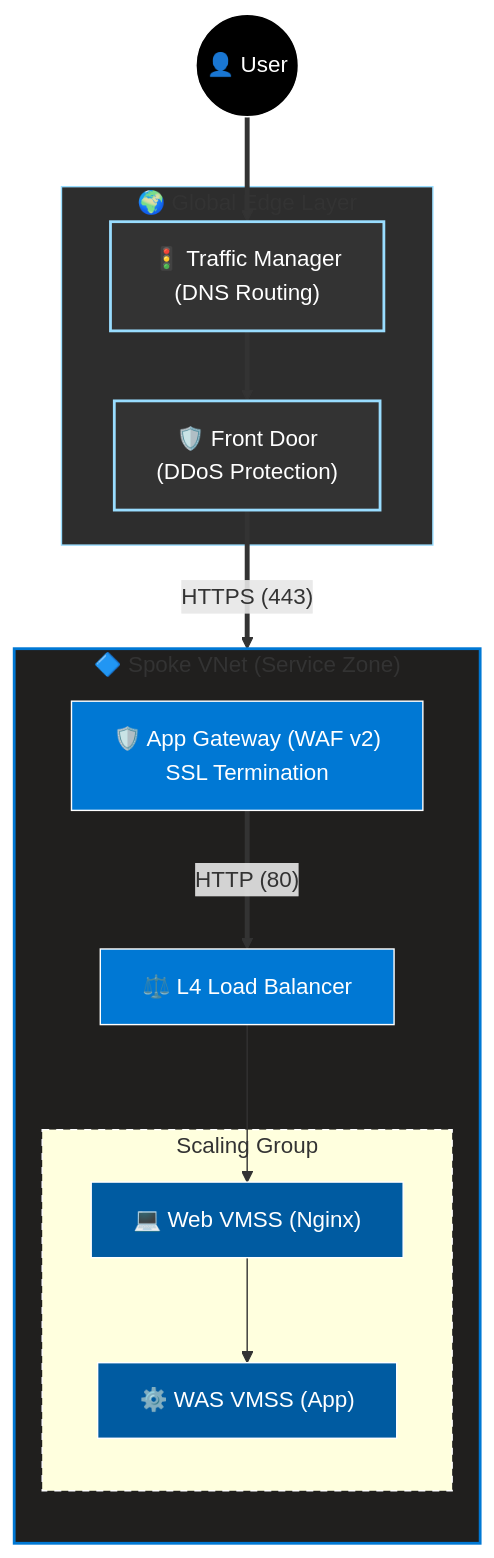
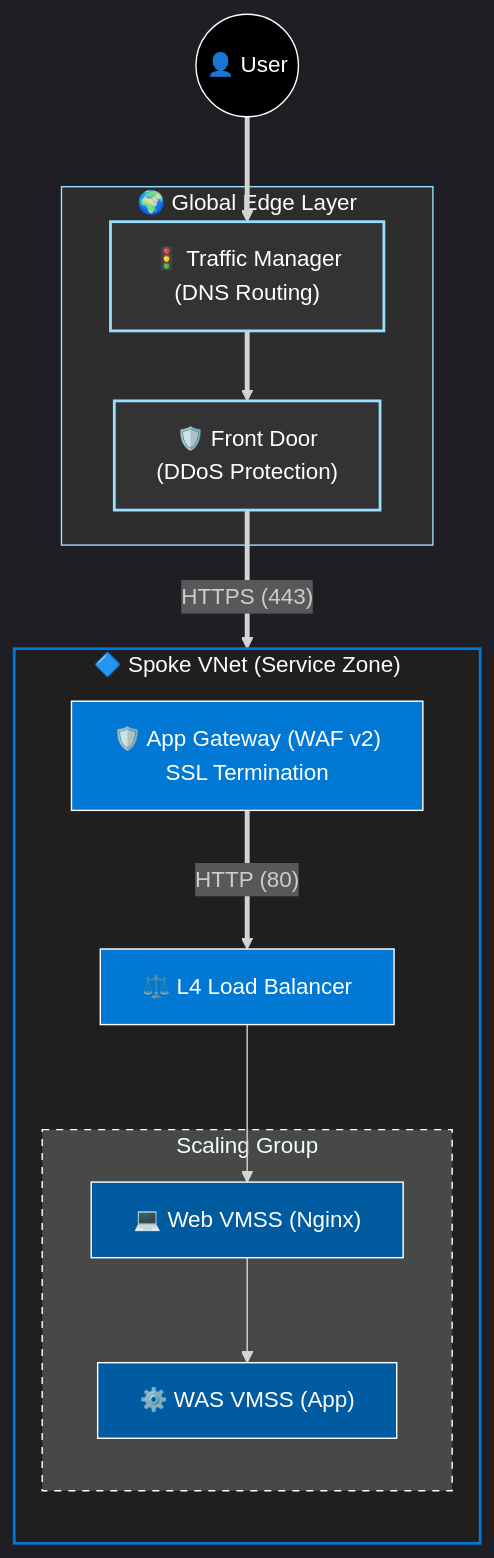
One commit to HamaPr/HamaPr.github.io changed the second of 4 diagrams in _posts/security-architecture/2025-12-01-Terraform-basedAzureSecurityArchitecture.md. Above: the diagram before and after it, drawn with Mermaid. The commit also changed other lines of this file, not shown here.

````diff
--- a/_posts/security-architecture/2025-12-01-Terraform-basedAzureSecurityArchitecture.md
+++ b/_posts/security-architecture/2025-12-01-Terraform-basedAzureSecurityArchitecture.md
@@ -171,40 +171,41 @@
 ```mermaid
+%%{init: {'theme': 'dark', 'flowchart': {'width': 600}}}%%
 flowchart TD
     %% --- Style Definitions ---
     classDef edge fill:#333,stroke:#9df,stroke-width:2px,color:#fff;
     classDef net fill:#0078D4,stroke:#fff,color:#fff;
     classDef compute fill:#005BA1,stroke:#fff,color:#fff;
     classDef user fill:#000,stroke:#fff,color:#fff;
 
     %% --- Nodes ---
     User(("👤 User")):::user
     
     subgraph Edge ["🌍 Global Edge Layer"]
         TM["🚦 Traffic Manager<br/>(DNS Routing)"]:::edge
         FD["🛡️ Front Door<br/>(DDoS Protection)"]:::edge
     end
     
     subgraph Spoke ["🔷 Spoke VNet (Service Zone)"]
         direction TB
         AppGW["🛡️ App Gateway (WAF v2)<br/>SSL Termination"]:::net
         LB["⚖️ L4 Load Balancer"]:::net
         
         subgraph VMSS_Group ["Scaling Group"]
             Web["💻 Web VMSS (Nginx)"]:::compute
             WAS["⚙️ WAS VMSS (App)"]:::compute
         end
     end
 
     %% --- Flows ---
     User ==> TM
     TM ==> FD
     FD ==>|"HTTPS (443)"| AppGW
     AppGW ==>|"HTTP (80)"| LB
     LB --> Web
     Web --> WAS
 
     %% --- Styling the Subgraphs ---
     style Edge fill:#2d2d2d,stroke:#9df
     style Spoke fill:#201F1E,stroke:#0078D4,stroke-width:2px
     style VMSS_Group fill:#transparent,stroke:#fff,stroke-dasharray: 5 5
 ```
````
